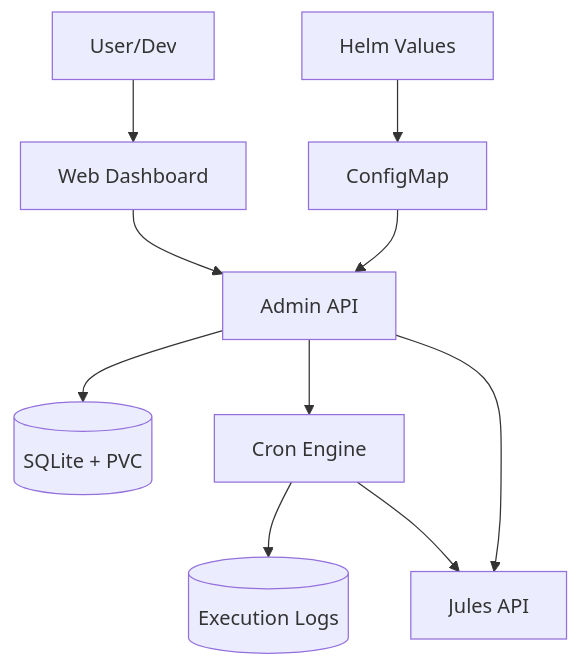
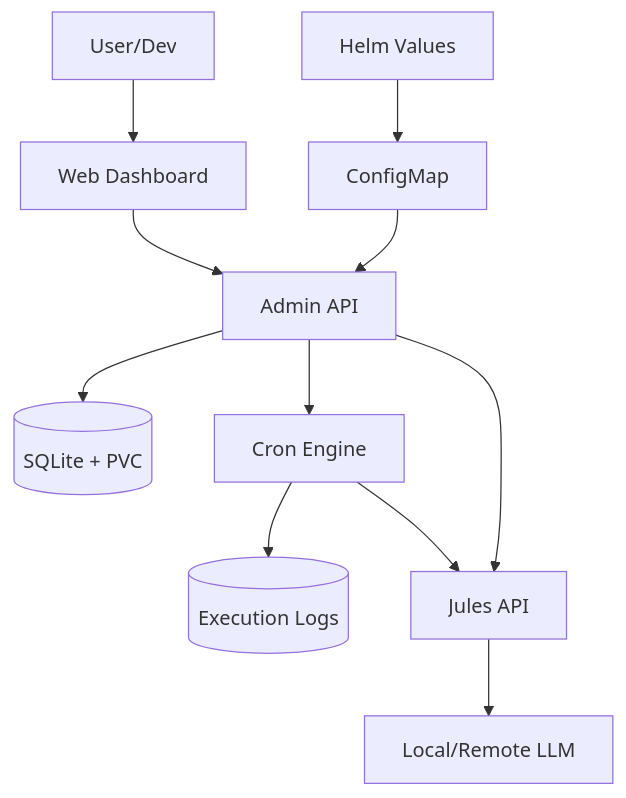
Before and after one commit to QuoteSystemX/go-agent-llm-orchestrator: the diagram in README.md, drawn with Mermaid. The commit also changed other lines of this file and 1 other file, not shown here.

Commit message:
docs: remove legacy design documents and update architecture documentation for the new hybrid LLM routing system.

````diff
--- a/README.md
+++ b/README.md
@@ -21,12 +20,13 @@
 ```mermaid
 graph TD
     User[User/Dev] --> WebUI[Web Dashboard]
     WebUI --> API[Admin API]
     Helm[Helm Values] --> CM[ConfigMap]
     CM --> API
     API --> DB[(SQLite + PVC)]
     API --> Scheduler[Cron Engine]
     Scheduler --> TaskLogs[(Execution Logs)]
     API --> JulesAPI[Jules API]
     Scheduler --> JulesAPI
+    JulesAPI --> LLM[Local/Remote LLM]
 ```
````
